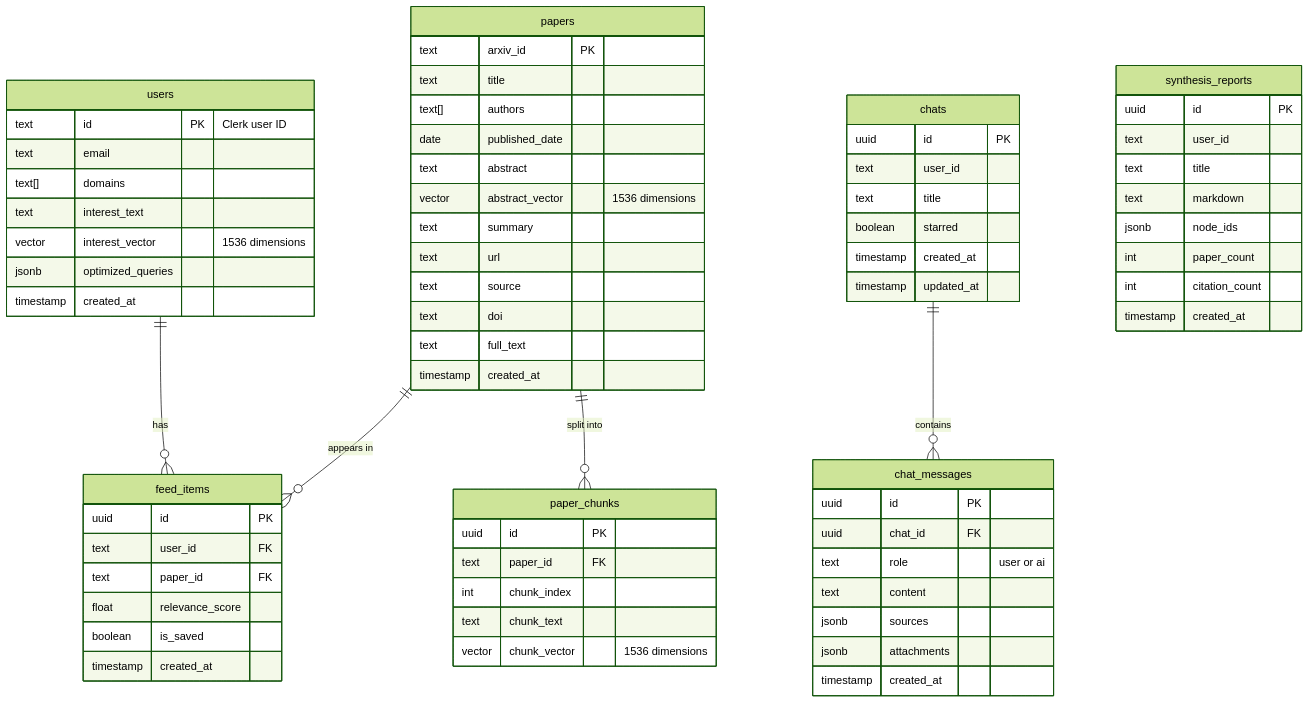
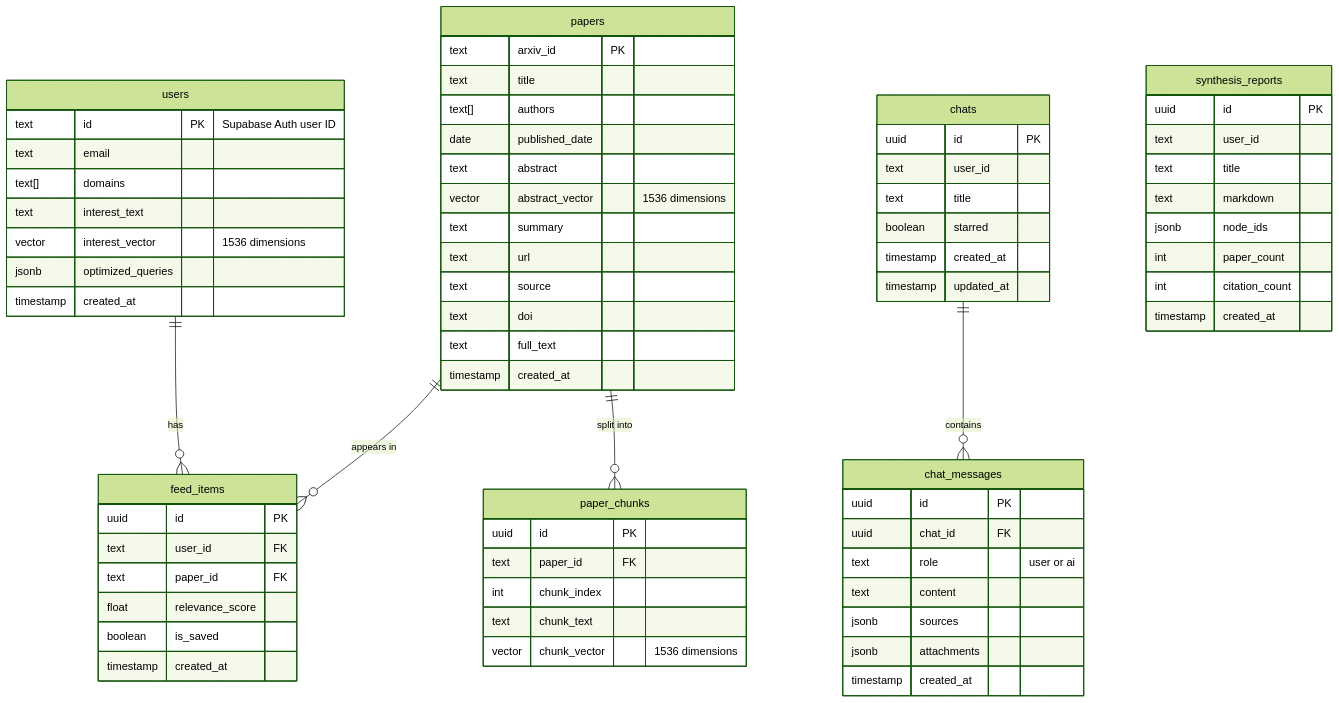
The sixth of 6 diagrams in README.md (aazminu/paper-pulse), drawn with Mermaid (forest theme) before and after one commit. The commit also changed other lines of this file and 21 other files, not shown here.

First line of the commit message:
refactor: replace Clerk authentication with Supabase

````diff
--- a/README.md
+++ b/README.md
@@ -529,79 +537,79 @@
 ```mermaid
 erDiagram
     users {
-        text id PK "Clerk user ID"
+        text id PK "Supabase Auth user ID"
         text email
         text[] domains
         text interest_text
         vector interest_vector "1536 dimensions"
         jsonb optimized_queries
         timestamp created_at
     }
 
     papers {
         text arxiv_id PK
         text title
         text[] authors
         date published_date
         text abstract
         vector abstract_vector "1536 dimensions"
         text summary
         text url
         text source
         text doi
         text full_text
         timestamp created_at
     }
 
     paper_chunks {
         uuid id PK
         text paper_id FK
         int chunk_index
         text chunk_text
         vector chunk_vector "1536 dimensions"
     }
 
     feed_items {
         uuid id PK
         text user_id FK
         text paper_id FK
         float relevance_score
         boolean is_saved
         timestamp created_at
     }
 
     chats {
         uuid id PK
         text user_id
         text title
         boolean starred
         timestamp created_at
         timestamp updated_at
     }
 
     chat_messages {
         uuid id PK
         uuid chat_id FK
         text role "user or ai"
         text content
         jsonb sources
         jsonb attachments
         timestamp created_at
     }
 
     synthesis_reports {
         uuid id PK
         text user_id
         text title
         text markdown
         jsonb node_ids
         int paper_count
         int citation_count
         timestamp created_at
     }
 
     users ||--o{ feed_items : "has"
     papers ||--o{ feed_items : "appears in"
     papers ||--o{ paper_chunks : "split into"
     chats ||--o{ chat_messages : "contains"
 ```
````
